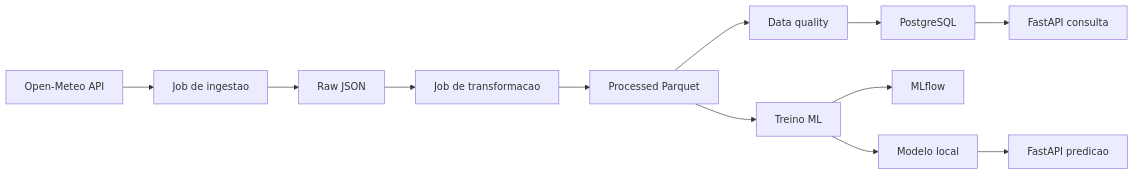
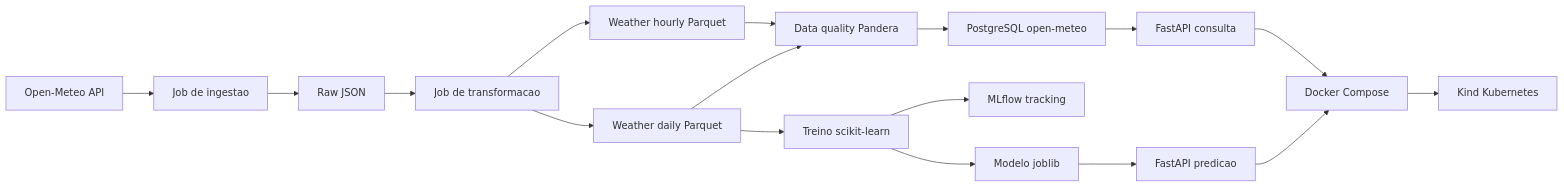
The diagram in README.md (Dluccas2001/dev-ops-open-meteo), drawn with Mermaid before and after one commit. The commit also changed other lines of this file and 14 other files, not shown here.

````diff
--- a/README.md
+++ b/README.md
@@ -29,14 +32,19 @@
 ```mermaid
 flowchart LR
     A[Open-Meteo API] --> B[Job de ingestao]
     B --> C[Raw JSON]
     C --> D[Job de transformacao]
-    D --> E[Processed Parquet]
-    E --> F[Data quality]
-    F --> G[PostgreSQL]
-    G --> H[FastAPI consulta]
-    E --> I[Treino ML]
-    I --> J[MLflow]
-    I --> K[Modelo local]
-    K --> L[FastAPI predicao]
+    D --> E[Weather hourly Parquet]
+    D --> F[Weather daily Parquet]
+    E --> G[Data quality Pandera]
+    F --> G
+    G --> H[PostgreSQL open-meteo]
+    H --> I[FastAPI consulta]
+    F --> J[Treino scikit-learn]
+    J --> K[MLflow tracking]
+    J --> L[Modelo joblib]
+    L --> M[FastAPI predicao]
+    I --> N[Docker Compose]
+    M --> N
+    N --> O[Kind Kubernetes]
 ```
````
